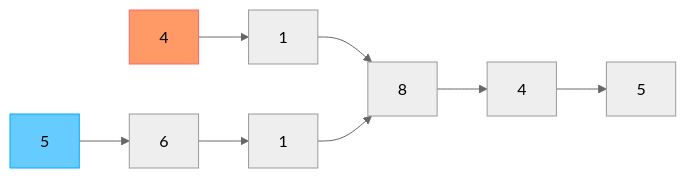
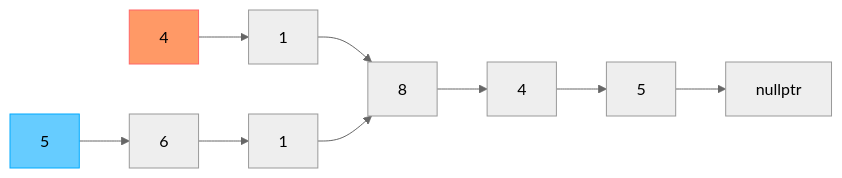
The second of 10 diagrams in 160. Intersection of Two Linked Lists.md (ianchen0419/cpp-leetcode), drawn with Mermaid (neutral theme) before and after one commit. The commit also changed other lines of this file, not shown here.

````diff
--- a/160. Intersection of Two Linked Lists.md
+++ b/160. Intersection of Two Linked Lists.md
@@ -33,13 +36,14 @@
 ```mermaid
 flowchart LR
     a[4]:::orange-->b[1]
     b-->c[8]
     c-->d[4]
     d-->e[5]
+    e-->x[nullptr]
     f[5]:::blue-->g[6]
     g-->h[1]
     h-->c
 
     classDef orange fill:#f96,stroke:#f66
     classDef blue fill:#6cf,stroke:#0af
 ```
````
